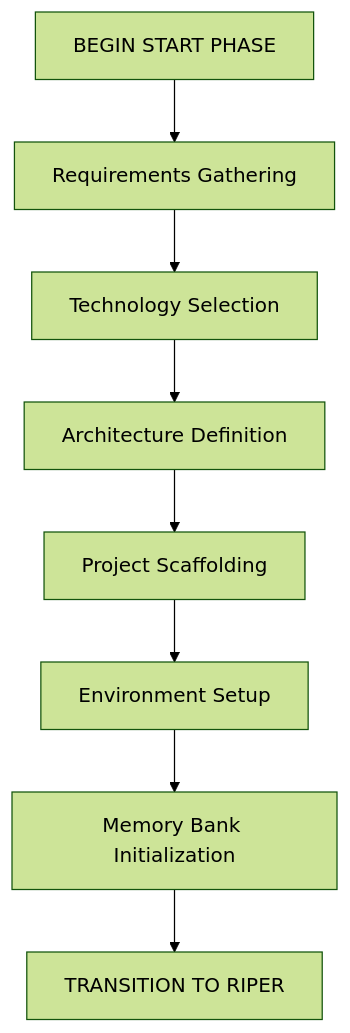
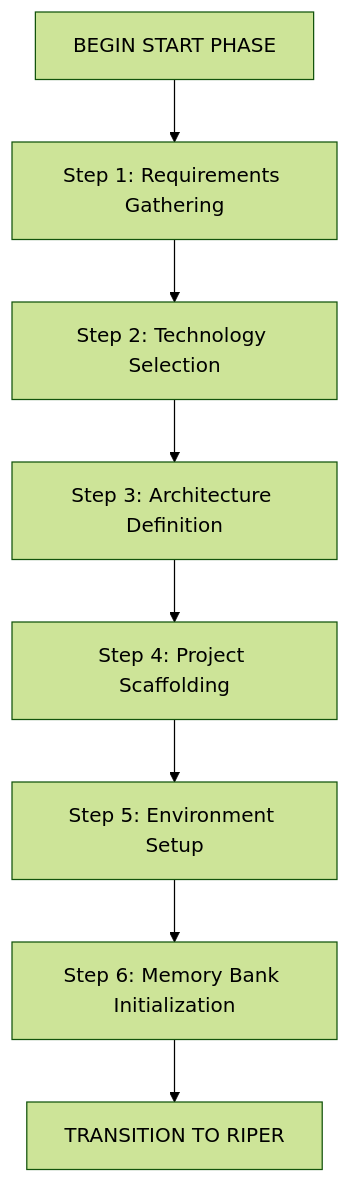
The diagram in start-phase-framework.md (johnpeterman72/cursor_memory_riper_framework), drawn with Mermaid (forest theme) before and after one commit. The commit also changed other lines of this file, not shown here.

First line of the commit message:
Update start-phase-framework.md

````diff
--- a/start-phase-framework.md
+++ b/start-phase-framework.md
@@ -10,10 +15,10 @@
 ```mermaid
 flowchart TD
-    Start[BEGIN START PHASE] --> Req[Requirements Gathering]
-    Req --> Tech[Technology Selection]
-    Tech --> Arch[Architecture Definition]
-    Arch --> Scaffold[Project Scaffolding]
-    Scaffold --> Setup[Environment Setup]
-    Setup --> Memory[Memory Bank Initialization]
+    Start[BEGIN START PHASE] --> Req[Step 1: Requirements Gathering]
+    Req --> Tech[Step 2: Technology Selection]
+    Tech --> Arch[Step 3: Architecture Definition]
+    Arch --> Scaffold[Step 4: Project Scaffolding]
+    Scaffold --> Setup[Step 5: Environment Setup]
+    Setup --> Memory[Step 6: Memory Bank Initialization]
     Memory --> End[TRANSITION TO RIPER]
 ```
````
